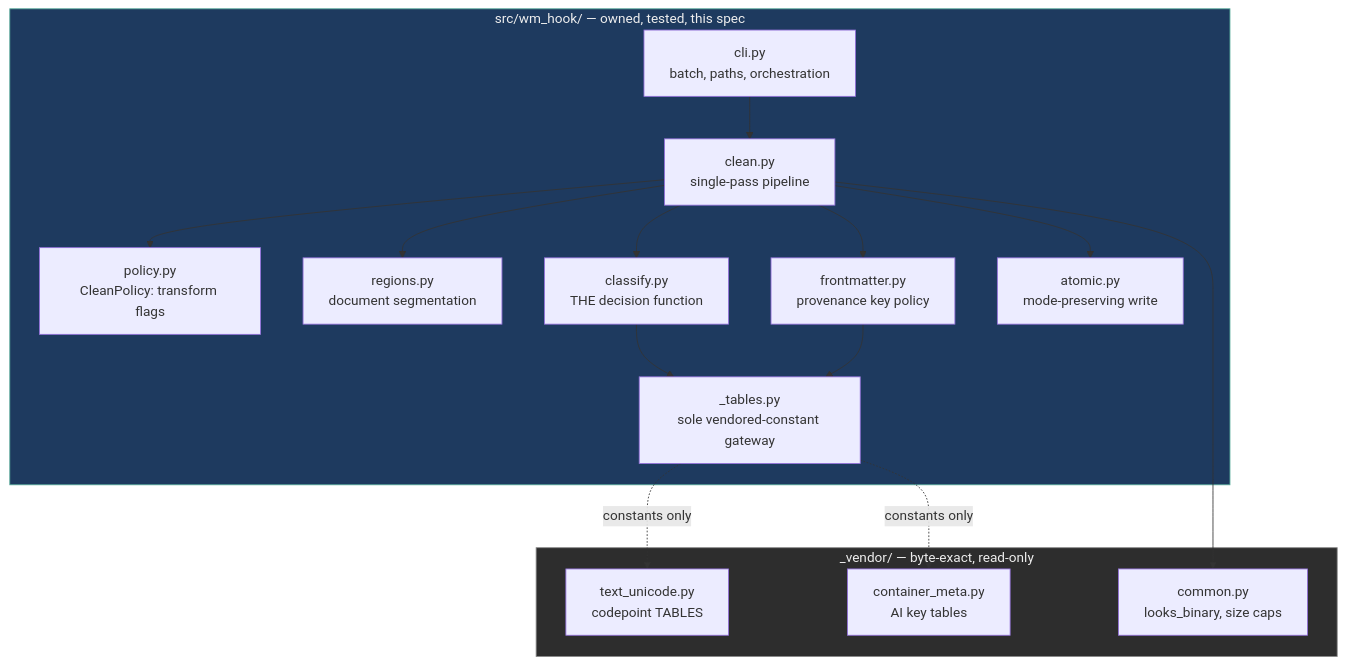
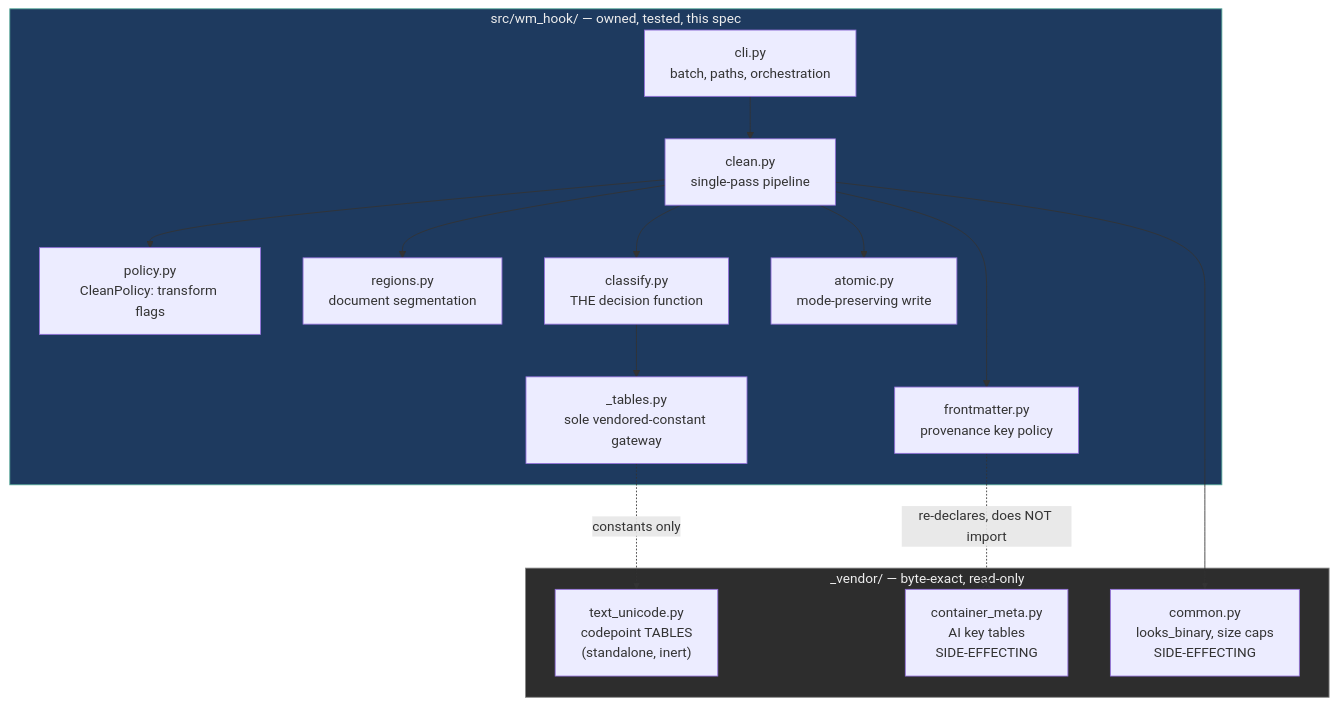
One commit to norandom/watermarks-remover changed the first of 3 diagrams in .kiro/specs/watermark-removal/design.md. Above: the diagram before and after it, drawn with Mermaid. The commit also changed other lines of this file and 3 other files, not shown here.

First line of the commit message:
feat(watermark-removal): constants-only vendored table gateway (task 1.2)

````diff
--- a/.kiro/specs/watermark-removal/design.md
+++ b/.kiro/specs/watermark-removal/design.md
@@ -112,34 +112,33 @@
 ```mermaid
 flowchart TB
     subgraph owned["src/wm_hook/ — owned, tested, this spec"]
         cli["cli.py<br/>batch, paths, orchestration"]
         tablesmod["_tables.py<br/>sole vendored-constant gateway"]
         policy["policy.py<br/>CleanPolicy: transform flags"]
         regions["regions.py<br/>document segmentation"]
         classify["classify.py<br/>THE decision function"]
         fm["frontmatter.py<br/>provenance key policy"]
         atomic["atomic.py<br/>mode-preserving write"]
         clean["clean.py<br/>single-pass pipeline"]
     end
 
     subgraph vendored["_vendor/ — byte-exact, read-only"]
-        tables["text_unicode.py<br/>codepoint TABLES"]
-        keys["container_meta.py<br/>AI key tables"]
-        common["common.py<br/>looks_binary, size caps"]
+        tables["text_unicode.py<br/>codepoint TABLES<br/>(standalone, inert)"]
+        keys["container_meta.py<br/>AI key tables<br/>SIDE-EFFECTING"]
+        common["common.py<br/>looks_binary, size caps<br/>SIDE-EFFECTING"]
     end
 
     cli --> clean
     clean --> regions
     clean --> classify
     clean --> fm
     clean --> atomic
     clean --> policy
     classify --> tablesmod
-    fm --> tablesmod
     tablesmod -. constants only .-> tables
-    tablesmod -. constants only .-> keys
+    fm -. re-declares, does NOT import .-x keys
     clean --> common
 
     style vendored fill:#2d2d2d,stroke:#888,color:#eee
     style owned fill:#1e3a5f,stroke:#5a9,color:#eee
 ```
````
